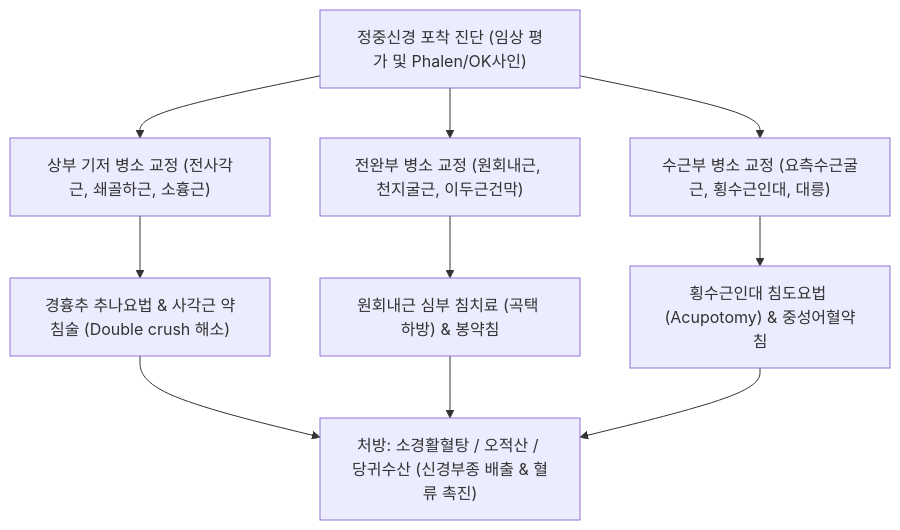
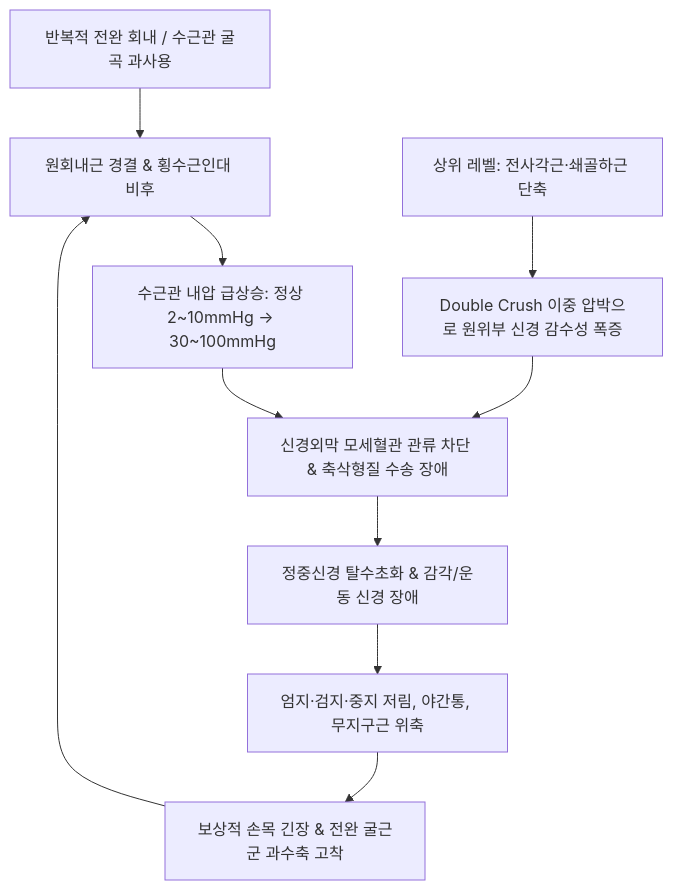
One commit to simbio11/simbio-digital-garden2 changed the diagram in content/3. 이론 공부/질환/근골격계 질환/상지/정중신경 포착.md. Above: the diagram before and after it, drawn with Mermaid. The commit also changed other lines of this file and 4565 other files, not shown here.

````diff
--- a/content/3. 이론 공부/질환/근골격계 질환/상지/정중신경 포착.md
+++ b/content/3. 이론 공부/질환/근골격계 질환/상지/정중신경 포착.md
@@ -188,12 +71,12 @@
 ```mermaid
 graph TD
-    A["정중신경 포착 진단 (임상 평가 및 Phalen/OK사인)"] --> B["상부 기저 병소 교정 (전사각근, 쇄골하근, 소흉근)"]
-    A --> C["전완부 병소 교정 (원회내근, 천지굴근, 이두근건막)"]
-    A --> D["수근부 병소 교정 (요측수근굴근, 횡수근인대, 대릉)"]
-    
-    B --> E["경흉추 추나요법 & 사각근 약침술 (Double crush 해소)"]
-    C --> F["원회내근 심부 침치료 (곡택 하방) & 봉약침"]
-    D --> G["횡수근인대 침도요법 (Acupotomy) & 중성어혈약침"]
-    
-    E & F & G --> H["처방: 소경활혈탕 / 오적산 / 당귀수산 (신경부종 배출 & 혈류 촉진)"]
+    A[반복적 전완 회내 / 수근관 굴곡 과사용] --> B[원회내근 경결 & 횡수근인대 비후]
+    B --> C[수근관 내압 급상승: 정상 2~10mmHg -> 30~100mmHg]
+    C --> D[신경외막 모세혈관 관류 차단 & 축삭형질 수송 장애]
+    D --> E[정중신경 탈수초화 & 감각/운동 신경 장애]
+    F[상위 레벨: 전사각근·쇄골하근 단축] --> G[Double Crush 이중 압박으로 원위부 신경 감수성 폭증]
+    G --> D
+    E --> H[엄지·검지·중지 저림, 야간통, 무지구근 위축]
+    H --> I[보상적 손목 긴장 & 전완 굴근군 과수축 고착]
+    I --> B
 ```
````
